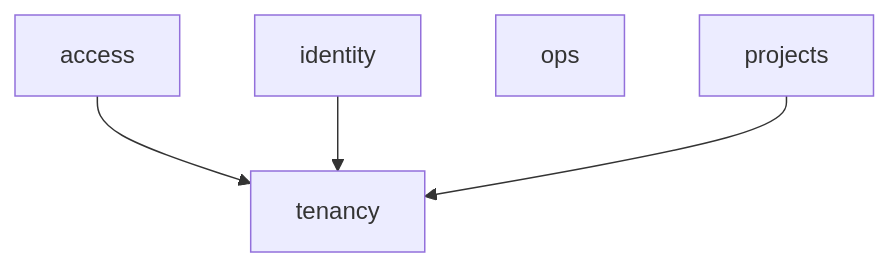
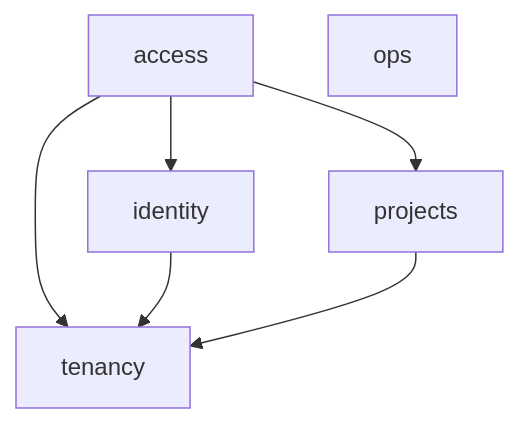
The diagram in docs/architecture/module-map.md (kingdonk-ops/Project-AIP), drawn with Mermaid before and after one commit. The commit also changed other lines of this file and 51 other files, not shown here.

````diff
--- a/docs/architecture/module-map.md
+++ b/docs/architecture/module-map.md
@@ -20,8 +20,10 @@
 ```mermaid
 graph TD
+    access --> identity
+    access --> projects
     access --> tenancy
     identity --> tenancy
     ops
     projects --> tenancy
     tenancy
 ```
````
